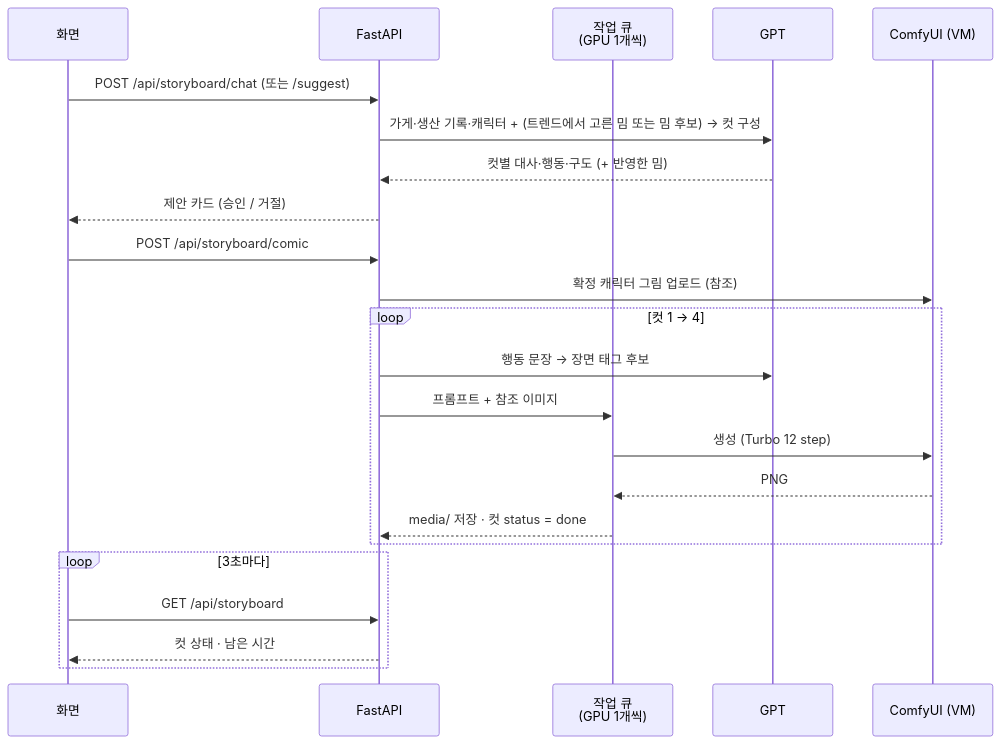
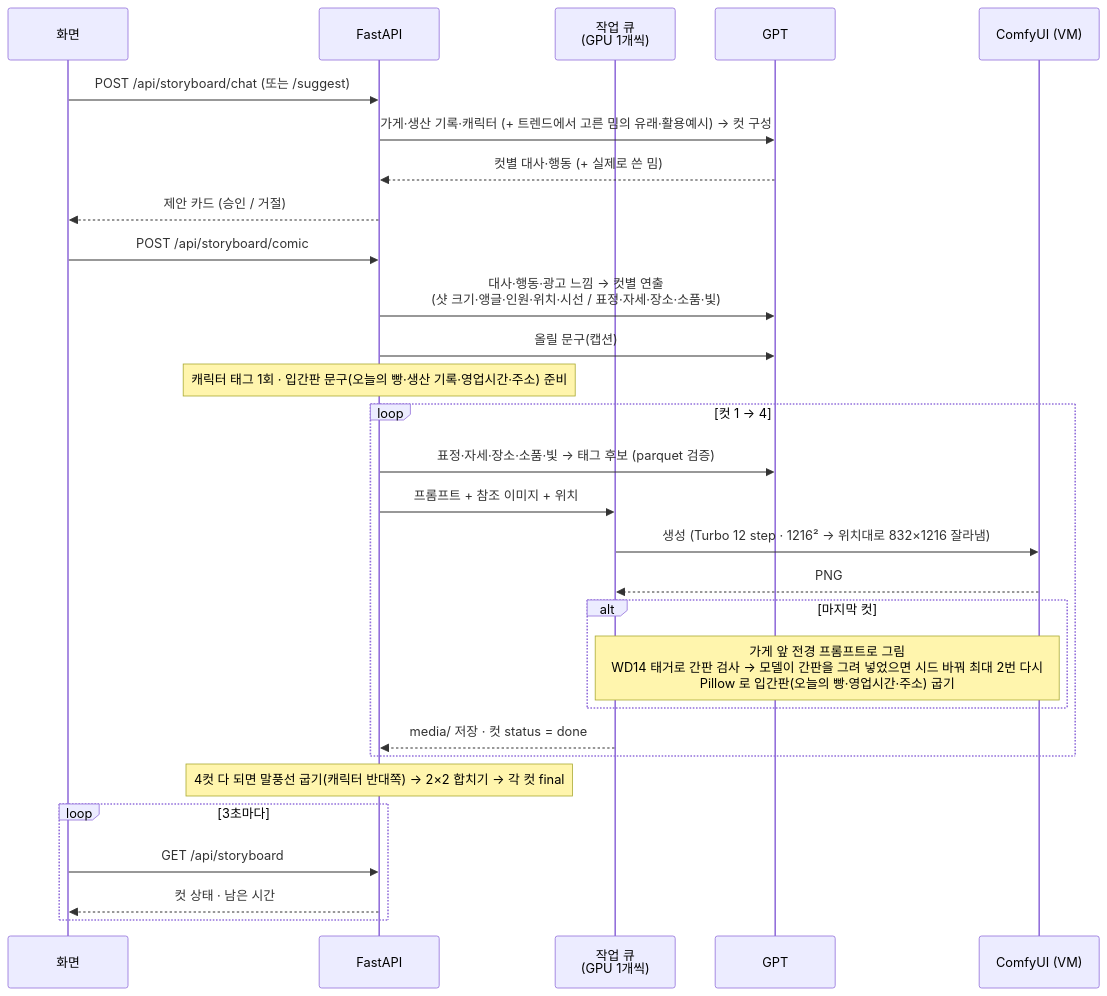
Before and after one commit to beomjin2/Adflow: the third of 3 diagrams in README.md, drawn with Mermaid. The commit also changed other lines of this file, not shown here.

Commit message:
docs: README 1~3절을 현재 네컷 흐름에 맞춤 (연출·슬롯 태그·위치 크롭·입간판·간판 검사·말풍선 합성·trace)

````diff
--- a/README.md
+++ b/README.md
@@ -53,26 +59,32 @@
 ```mermaid
 sequenceDiagram
     participant U as 화면
     participant API as FastAPI
     participant J as 작업 큐<br/>(GPU 1개씩)
     participant G as GPT
     participant CF as ComfyUI (VM)
 
     U->>API: POST /api/storyboard/chat (또는 /suggest)
-    API->>G: 가게·생산 기록·캐릭터 + (트렌드에서 고른 밈 또는 밈 후보) → 컷 구성
-    G-->>API: 컷별 대사·행동·구도 (+ 반영한 밈)
+    API->>G: 가게·생산 기록·캐릭터 (+ 트렌드에서 고른 밈의 유래·활용예시) → 컷 구성
+    G-->>API: 컷별 대사·행동 (+ 실제로 쓴 밈)
     API-->>U: 제안 카드 (승인 / 거절)
     U->>API: POST /api/storyboard/comic
-    API->>CF: 확정 캐릭터 그림 업로드 (참조)
+    API->>G: 대사·행동·광고 느낌 → 컷별 연출<br/>(샷 크기·앵글·인원·위치·시선 / 표정·자세·장소·소품·빛)
+    API->>G: 올릴 문구(캡션)
+    Note over API: 캐릭터 태그 1회 · 입간판 문구(오늘의 빵·생산 기록·영업시간·주소) 준비
     loop 컷 1 → 4
-        API->>G: 행동 문장 → 장면 태그 후보
-        API->>J: 프롬프트 + 참조 이미지
-        J->>CF: 생성 (Turbo 12 step)
+        API->>G: 표정·자세·장소·소품·빛 → 태그 후보 (parquet 검증)
+        API->>J: 프롬프트 + 참조 이미지 + 위치
+        J->>CF: 생성 (Turbo 12 step · 1216² → 위치대로 832×1216 잘라냄)
         CF-->>J: PNG
+        alt 마지막 컷
+            Note over J,CF: 가게 앞 전경 프롬프트로 그림<br/>WD14 태거로 간판 검사 → 모델이 간판을 그려 넣었으면 시드 바꿔 최대 2번 다시<br/>Pillow 로 입간판(오늘의 빵·영업시간·주소) 굽기
+        end
         J-->>API: media/ 저장 · 컷 status = done
     end
+    Note over API: 4컷 다 되면 말풍선 굽기(캐릭터 반대쪽) → 2×2 합치기 → 각 컷 final
     loop 3초마다
         U->>API: GET /api/storyboard
         API-->>U: 컷 상태 · 남은 시간
     end
 ```
````
